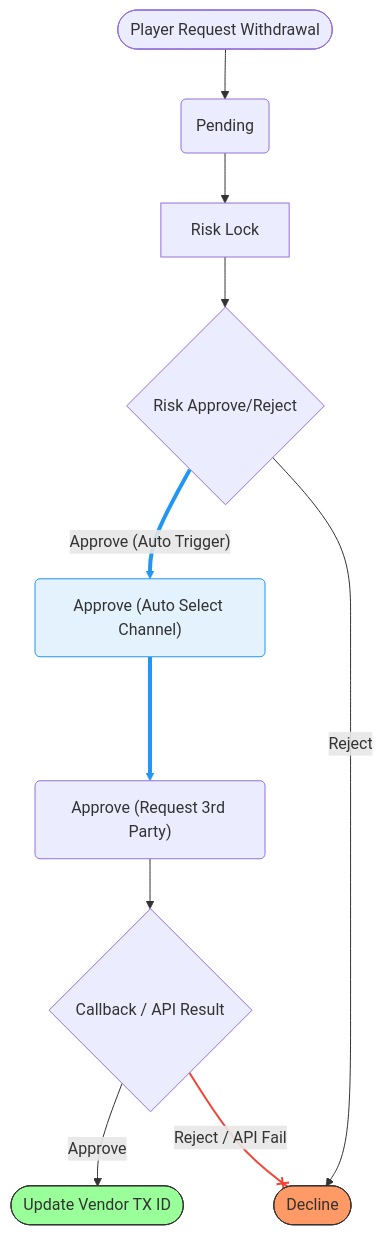
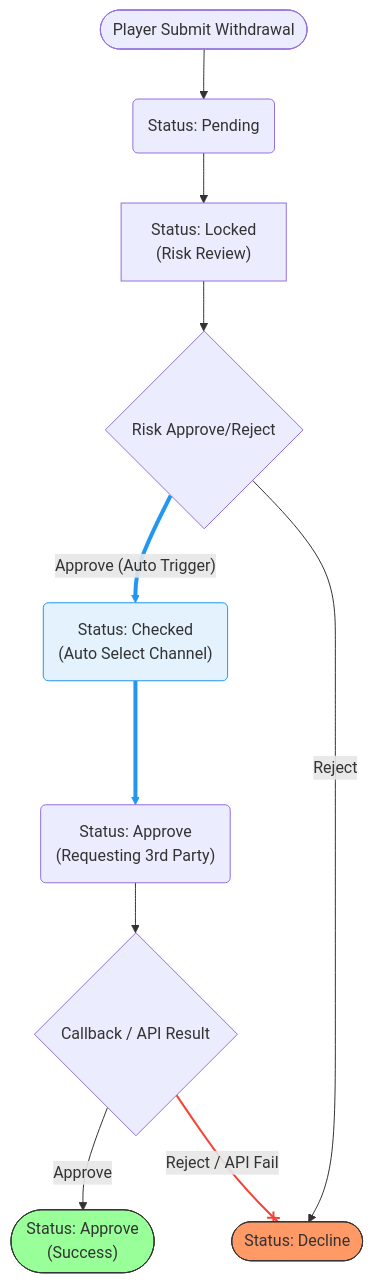
The second of 2 diagrams in no99_archive/sitflowchart.md (almightyken0425/SuSuGiGiSpec), drawn with Mermaid before and after one commit. The commit also changed other lines of this file, not shown here.

````diff
--- a/no99_archive/sitflowchart.md
+++ b/no99_archive/sitflowchart.md
@@ -73,50 +73,50 @@
 ```mermaid
 graph TD
     %% 節點定義
-    StartAuto(["Player Request Withdrawal"])
-    PendingAuto("Pending")
-    RiskLockAuto["Risk Lock"]
+    StartAuto(["Player Submit Withdrawal"])
+    PendingAuto("Status: Pending")
+    RiskLockAuto["Status: Locked<br/>(Risk Review)"]
     RiskActionAuto{"Risk Approve/Reject"}
-    ApproveAuto("Approve (Auto Select Channel)")
-    ApproveReqAuto("Approve (Request 3rd Party)")
-    DeclineAuto(["Decline"])
-    SuccessAuto(["Update Vendor TX ID"])
+    ApproveAuto("Status: Checked<br/>(Auto Select Channel)")
+    ApproveReqAuto("Status: Approve<br/>(Requesting 3rd Party)")
+    DeclineAuto(["Status: Decline"])
+    SuccessAuto(["Status: Approve<br/>(Success)"])
     CallbackAuto{"Callback / API Result"}
 
     StartAuto --> PendingAuto
     PendingAuto --> RiskLockAuto
     RiskLockAuto --> RiskActionAuto
     
     %% 高亮自動化路徑
     RiskActionAuto ==>|"Approve (Auto Trigger)"| ApproveAuto
     ApproveAuto ===> ApproveReqAuto
 
     RiskActionAuto -->|"Reject"| DeclineAuto
     
     ApproveReqAuto --> CallbackAuto
 
     CallbackAuto -->|"Approve"| SuccessAuto
     
     %% 高亮報廢路徑
     CallbackAuto --x|"Reject / API Fail"| DeclineAuto
 
     %% 樣式與連結美化
     %% linkStyle 索引 (基於連接線出現順序):
     %% 0: StartAuto -> PendingAuto
     %% 1: PendingAuto -> RiskLockAuto
     %% 2: RiskLockAuto -> RiskActionAuto
     %% 3: RiskActionAuto ==> ApproveAuto
     %% 4: ApproveAuto ===> ApproveReqAuto
     %% 5: RiskActionAuto --> DeclineAuto
     %% 6: ApproveReqAuto --> CallbackAuto
     %% 7: CallbackAuto --> SuccessAuto
     %% 8: CallbackAuto --x DeclineAuto
 
     linkStyle 3 stroke:#2196f3,stroke-width:4px;
     linkStyle 4 stroke:#2196f3,stroke-width:4px;
     linkStyle 8 stroke:#f44336,stroke-width:2px;
 
     style DeclineAuto fill:#f96,stroke:#333
     style SuccessAuto fill:#9f9,stroke:#333
     style ApproveAuto fill:#e3f2fd,stroke:#2196f3
 ```
````
